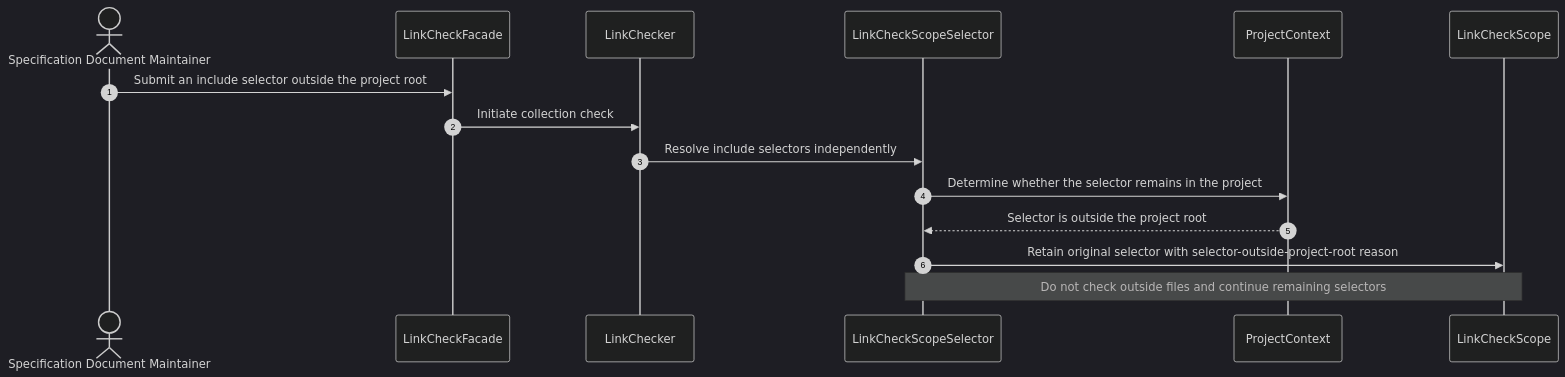
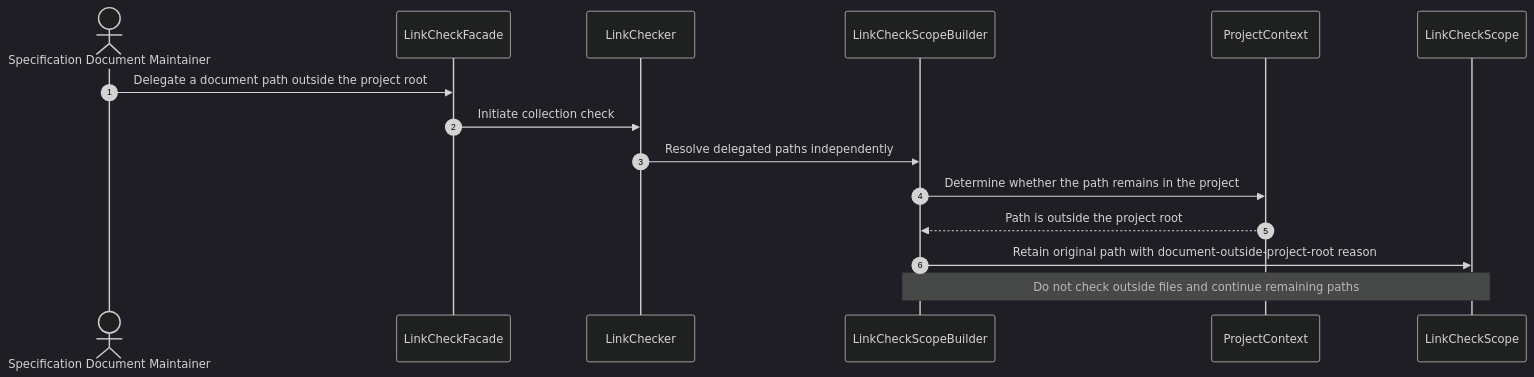
One commit to huang-xiao-jian/bluey changed diagram 25 of 42 in specs/md-linkage/design.md. Above: the diagram before and after it, drawn with Mermaid (dark theme). The commit also changed other lines of this file and 7 other files, not shown here.

Commit message:
docs(md-linkage): define delegation and scope builder

````diff
--- a/specs/md-linkage/design.md
+++ b/specs/md-linkage/design.md
@@ -943,18 +825,18 @@
 ```mermaid
 sequenceDiagram
     autonumber
     actor Maintainer as Specification Document Maintainer
     participant Submission as LinkCheckFacade
     participant Check as LinkChecker
-    participant Selection as LinkCheckScopeSelector
+    participant Selection as LinkCheckScopeBuilder
     participant Context as ProjectContext
     participant Scope as LinkCheckScope
 
-    Maintainer->>Submission: Submit an include selector outside the project root
+    Maintainer->>Submission: Delegate a document path outside the project root
     Submission->>Check: Initiate collection check
-    Check->>Selection: Resolve include selectors independently
-    Selection->>Context: Determine whether the selector remains in the project
-    Context-->>Selection: Selector is outside the project root
-    Selection->>Scope: Retain original selector with selector-outside-project-root reason
-    Note over Selection,Scope: Do not check outside files and continue remaining selectors
+    Check->>Selection: Resolve delegated paths independently
+    Selection->>Context: Determine whether the path remains in the project
+    Context-->>Selection: Path is outside the project root
+    Selection->>Scope: Retain original path with document-outside-project-root reason
+    Note over Selection,Scope: Do not check outside files and continue remaining paths
 ```
````
